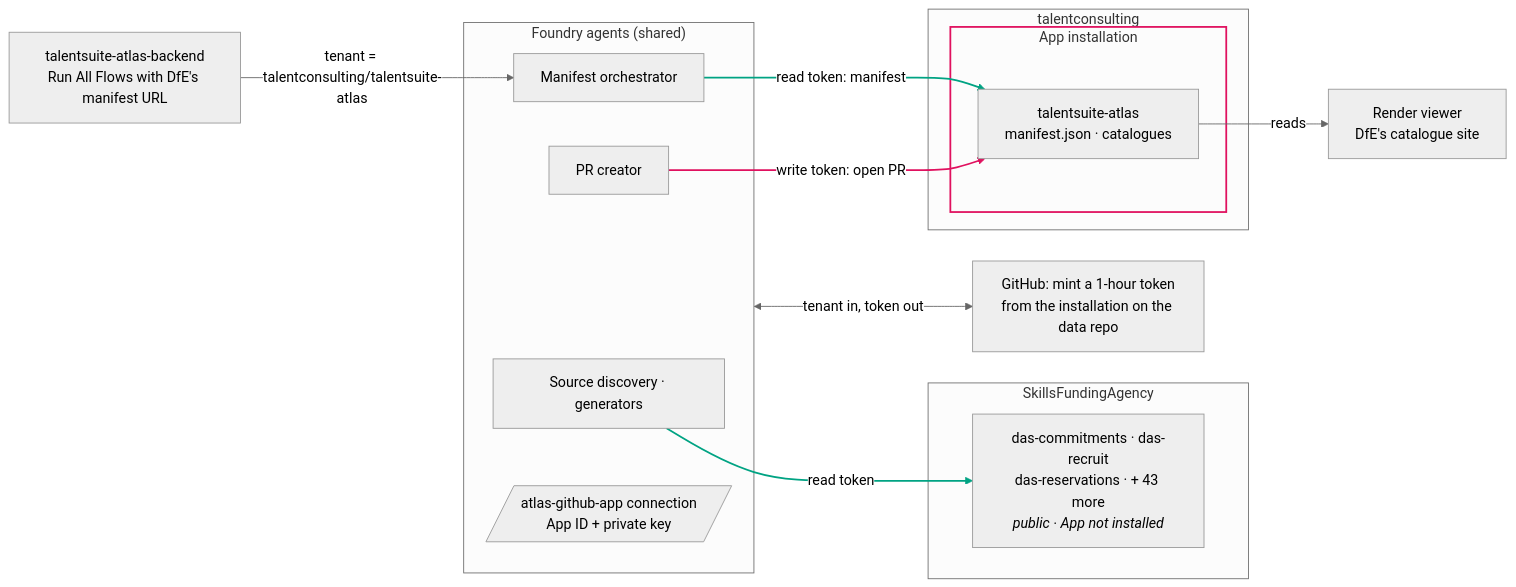
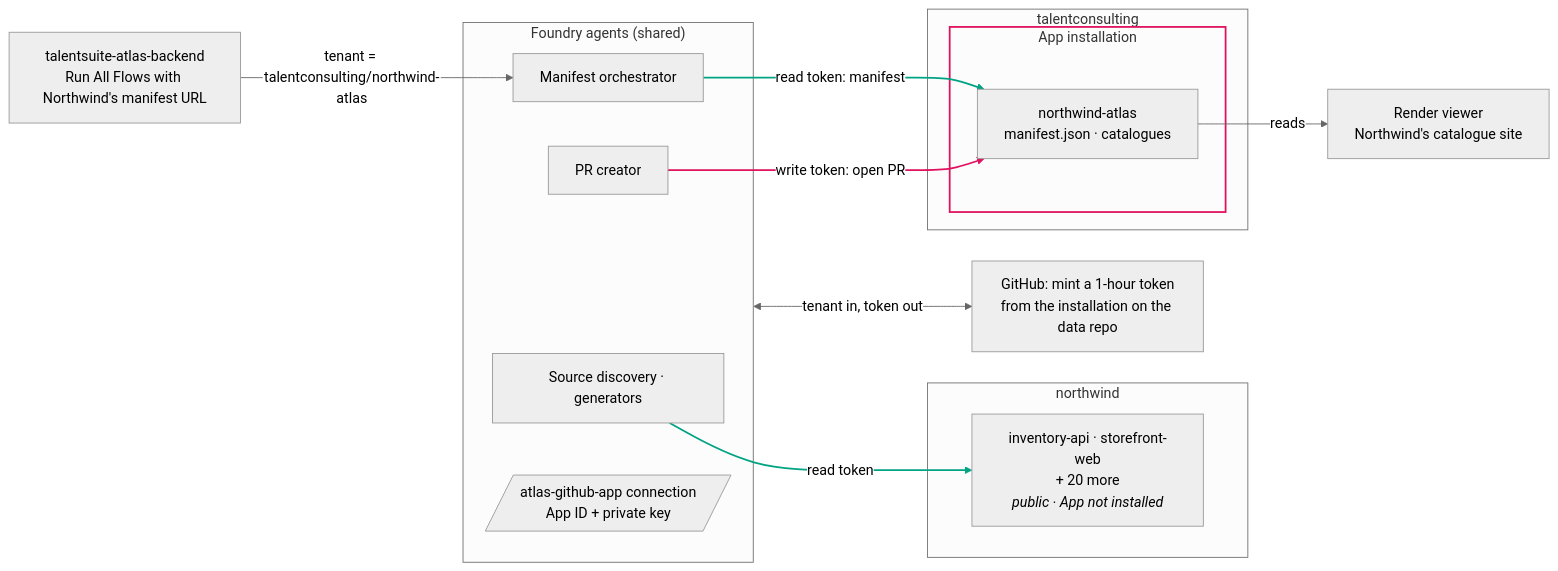
One commit to talentconsulting/talentsuite-atlas-backend changed the third of 5 diagrams in README.md. Above: the diagram before and after it, drawn with Mermaid (neutral theme). The commit also changed other lines of this file, not shown here.

Commit message:
Use fictional companies in the tenancy diagrams

````diff
--- a/README.md
+++ b/README.md
@@ -122,31 +122,31 @@
 ```mermaid
 flowchart LR
-    run["talentsuite-atlas-backend<br/>Run All Flows with DfE's manifest URL"]
+    run["talentsuite-atlas-backend<br/>Run All Flows with Northwind's manifest URL"]
     subgraph foundry["Foundry agents (shared)"]
         disc["Source discovery · generators"]
         orch["Manifest orchestrator"]
         pr["PR creator"]
         key[/"atlas-github-app connection<br/>App ID + private key"/]
     end
     mint["GitHub: mint a 1-hour token<br/>from the installation on the data repo"]
-    subgraph sfa["SkillsFundingAgency"]
-        srcs["das-commitments · das-recruit<br/>das-reservations · + 43 more<br/><i>public · App not installed</i>"]
+    subgraph pub["northwind"]
+        srcs["inventory-api · storefront-web<br/>+ 20 more<br/><i>public · App not installed</i>"]
     end
     subgraph tc["talentconsulting"]
         subgraph inst1["App installation"]
-            atlas["talentsuite-atlas<br/>manifest.json · catalogues"]
+            atlas["northwind-atlas<br/>manifest.json · catalogues"]
         end
     end
-    viewer["Render viewer<br/>DfE's catalogue site"]
+    viewer["Render viewer<br/>Northwind's catalogue site"]
 
-    run -->|"tenant = talentconsulting/talentsuite-atlas"| orch
+    run -->|"tenant = talentconsulting/northwind-atlas"| orch
     foundry <-->|"tenant in, token out"| mint
     disc -->|"read token"| srcs
     orch -->|"read token: manifest"| atlas
     pr -->|"write token: open PR"| atlas
     atlas -->|reads| viewer
 
     style inst1 fill:transparent,stroke:#e0115f,stroke-width:2px
     linkStyle 2,3 stroke:#00a383,stroke-width:2px
     linkStyle 4 stroke:#e0115f,stroke-width:2px
 ```
````
